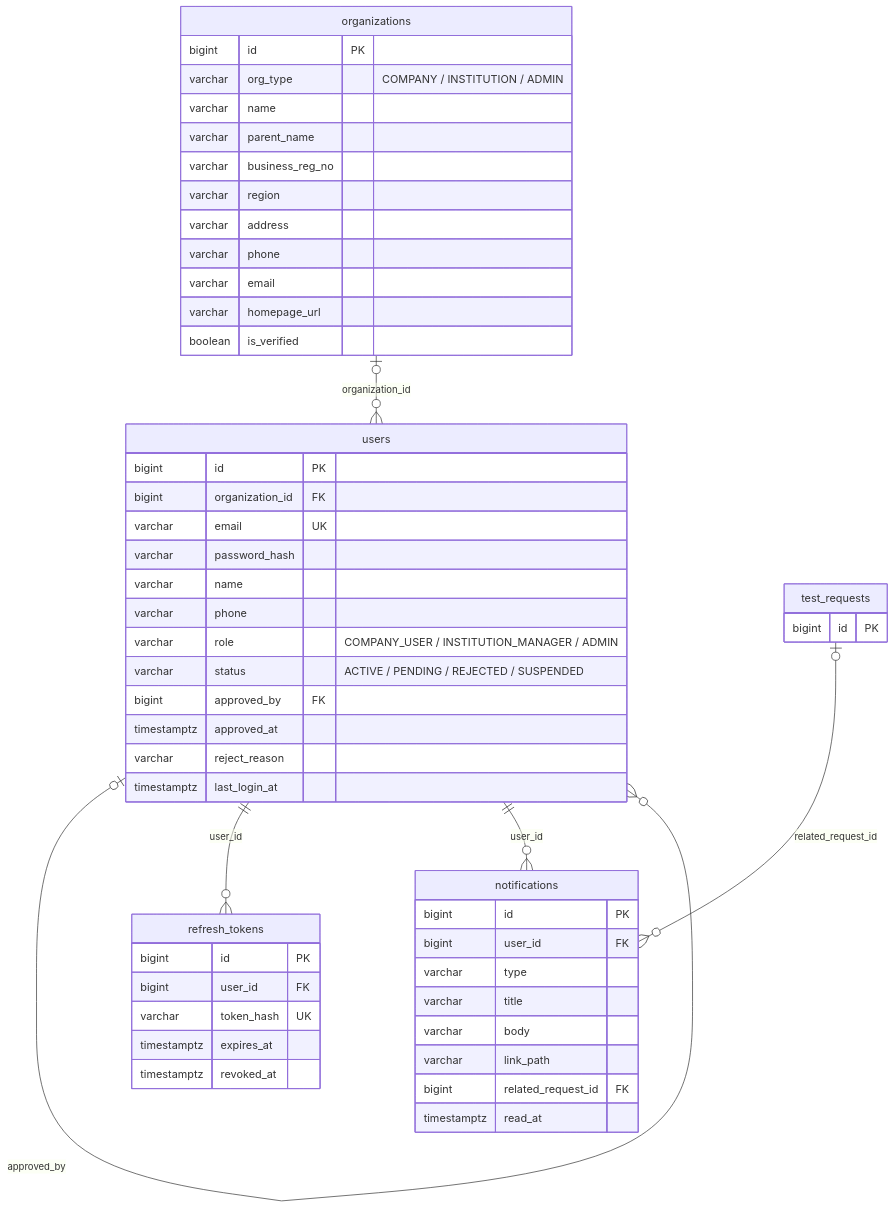
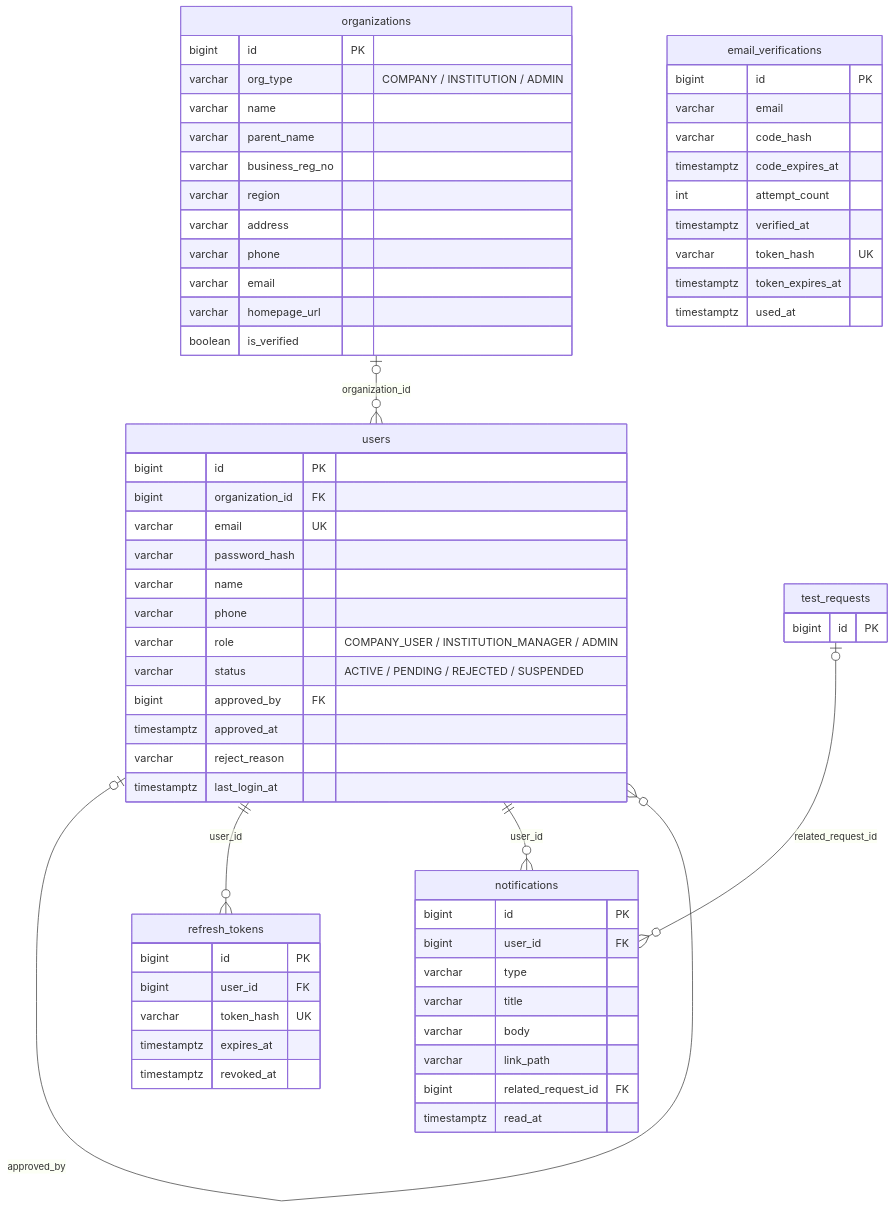
The third of 8 diagrams in README.md (capstoneastra/Astra_Back), drawn with Mermaid before and after one commit. The commit also changed other lines of this file and 93 other files, not shown here.

````diff
--- a/README.md
+++ b/README.md
@@ -198,55 +200,66 @@
 ```mermaid
 erDiagram
     organizations {
         bigint id PK
         varchar org_type "COMPANY / INSTITUTION / ADMIN"
         varchar name
         varchar parent_name
         varchar business_reg_no
         varchar region
         varchar address
         varchar phone
         varchar email
         varchar homepage_url
         boolean is_verified
     }
     users {
         bigint id PK
         bigint organization_id FK
         varchar email UK
         varchar password_hash
         varchar name
         varchar phone
         varchar role "COMPANY_USER / INSTITUTION_MANAGER / ADMIN"
         varchar status "ACTIVE / PENDING / REJECTED / SUSPENDED"
         bigint approved_by FK
         timestamptz approved_at
         varchar reject_reason
         timestamptz last_login_at
     }
     refresh_tokens {
         bigint id PK
         bigint user_id FK
         varchar token_hash UK
         timestamptz expires_at
         timestamptz revoked_at
     }
+    email_verifications {
+        bigint id PK
+        varchar email
+        varchar code_hash
+        timestamptz code_expires_at
+        int attempt_count
+        timestamptz verified_at
+        varchar token_hash UK
+        timestamptz token_expires_at
+        timestamptz used_at
+    }
     notifications {
         bigint id PK
         bigint user_id FK
         varchar type
         varchar title
         varchar body
         varchar link_path
         bigint related_request_id FK
         timestamptz read_at
     }
     test_requests {
         bigint id PK
     }
     organizations |o--o{ users : "organization_id"
     users |o--o{ users : "approved_by"
     users ||--o{ refresh_tokens : "user_id"
     users ||--o{ notifications : "user_id"
     test_requests |o--o{ notifications : "related_request_id"
 ```
````
